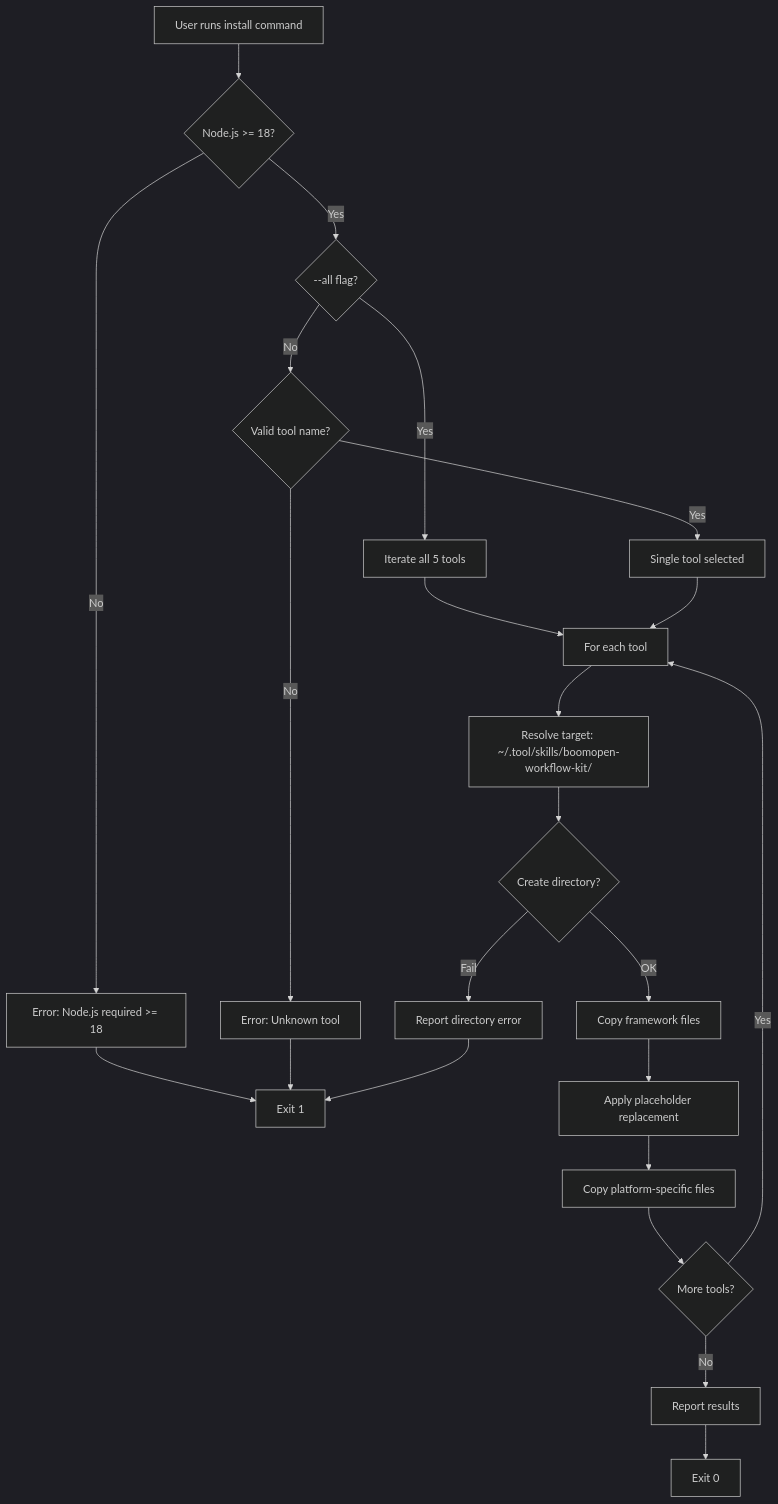
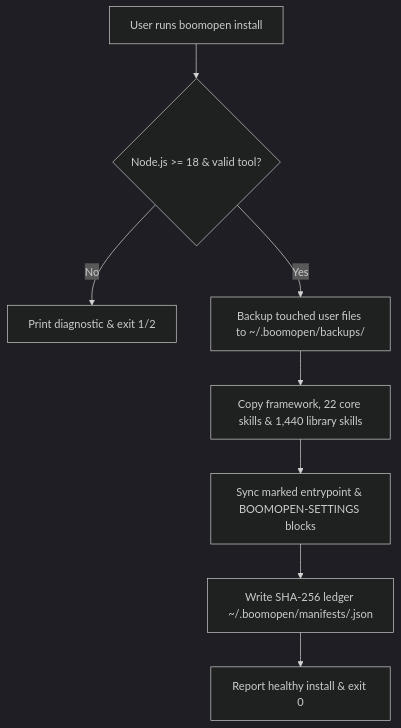
Before and after one commit to Kennyboom/BoomOpen-Workflow-Kit-Pro: the first of 4 diagrams in documents/business/business-workflows/03-detailed-workflows.md, drawn with Mermaid (dark theme). The commit also changed other lines of this file and 302 other files, not shown here.

````diff
--- a/documents/business/business-workflows/03-detailed-workflows.md
+++ b/documents/business/business-workflows/03-detailed-workflows.md
@@ -41,25 +20,10 @@
 ```mermaid
 flowchart TD
-    A[User runs install command] --> B{Node.js >= 18?}
-    B -->|No| B1[Error: Node.js required >= 18]
-    B1 --> Z1[Exit 1]
-    B -->|Yes| C{--all flag?}
-    C -->|Yes| D[Iterate all 5 tools]
-    C -->|No| E{Valid tool name?}
-    E -->|No| E1[Error: Unknown tool]
-    E1 --> Z1
-    E -->|Yes| F[Single tool selected]
-    D --> G[For each tool]
-    F --> G
-    G --> H[Resolve target: ~/.tool/skills/boomopen-workflow-kit/]
-    H --> I{Create directory?}
-    I -->|Fail| I1[Report directory error]
-    I1 --> Z1
-    I -->|OK| J[Copy framework files]
-    J --> K[Apply placeholder replacement]
-    K --> L[Copy platform-specific files]
-    L --> M{More tools?}
-    M -->|Yes| G
-    M -->|No| N[Report results]
-    N --> Z0[Exit 0]
+    A["User runs boomopen install <tool|--all>"] --> B{"Node.js >= 18 & valid tool?"}
+    B -->|No| Z1["Print diagnostic & exit 1/2"]
+    B -->|Yes| C["Backup touched user files to ~/.boomopen/backups/"]
+    C --> D["Copy framework, 22 core skills & 1,440 library skills"]
+    D --> E["Sync marked entrypoint & BOOMOPEN-SETTINGS blocks"]
+    E --> F["Write SHA-256 ledger ~/.boomopen/manifests/<tool>.json"]
+    F --> Z0["Report healthy install & exit 0"]
 ```
````
